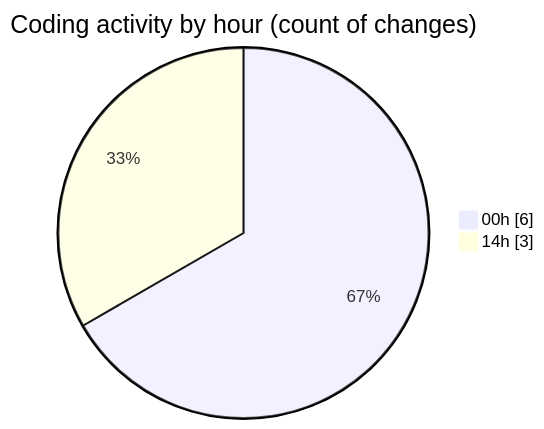
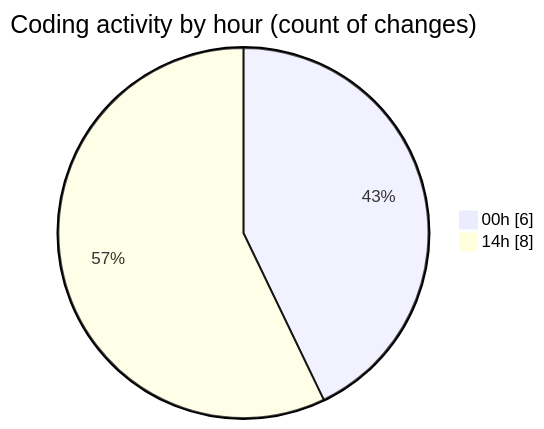
One commit to MatusMokan/code-tracking changed the second of 2 diagrams in 2025-03-15/myws__workspace_/README.md. Above: the diagram before and after it, drawn with Mermaid. The commit also changed other lines of this file and 1 other file, not shown here.

````diff
--- a/2025-03-15/myws__workspace_/README.md
+++ b/2025-03-15/myws__workspace_/README.md
@@ -30,6 +30,6 @@
 ```mermaid
 pie showData
 title Coding activity by hour (count of changes)
 "00h" : 6
-"14h" : 3
+"14h" : 8
 ```
````
